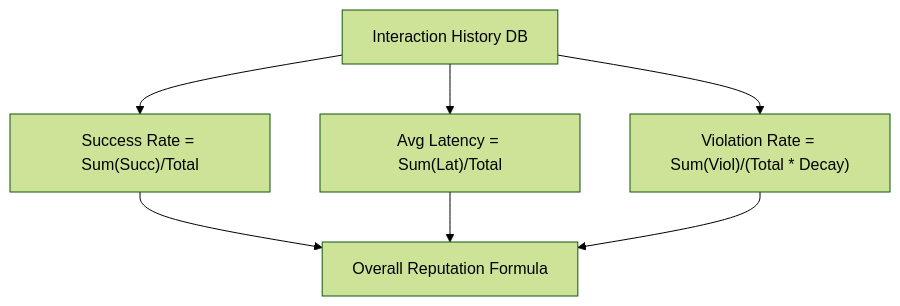
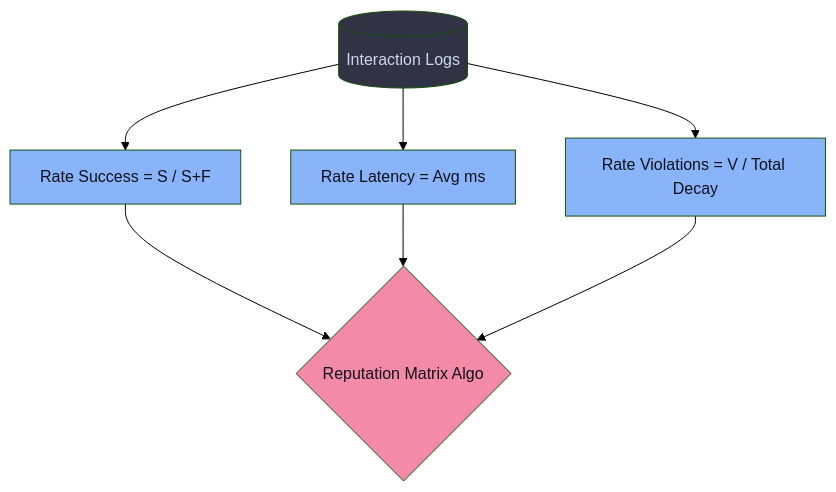
One commit to MrDecryptDecipher/Agent-Trust changed diagram 16 of 30 in README.md. Above: the diagram before and after it, drawn with Mermaid (forest theme). The commit also changed other lines of this file, not shown here.

Commit message:
Fix rendering format for 30 Mermaid diagrams to strictly use basic edge and block formatting for complete compatiblity

````diff
--- a/README.md
+++ b/README.md
@@ -238,10 +329,14 @@
 ```mermaid
 graph TD
-    Events["Interaction History DB"]
-    Events --> Succ["Success Rate = Sum(Succ)/Total"]
-    Events --> Lat["Avg Latency = Sum(Lat)/Total"]
-    Events --> Viol["Violation Rate = Sum(Viol)/(Total * Decay)"]
-    Succ --> Rep["Overall Reputation Formula"]
+    classDef log fill:#313244,color:#cdd6f4;
+    classDef calc fill:#89b4fa,color:#11111b;
+    classDef out fill:#f38ba8,color:#11111b;
+
+    Events[("Interaction Logs")]:::log --> Succ["Rate Success = S / S+F"]:::calc
+    Events --> Lat["Rate Latency = Avg ms"]:::calc
+    Events --> Viol["Rate Violations = V / Total Decay"]:::calc
+    
+    Succ --> Rep{"Reputation Matrix Algo"}:::out
     Lat --> Rep
     Viol --> Rep
 ```
````
